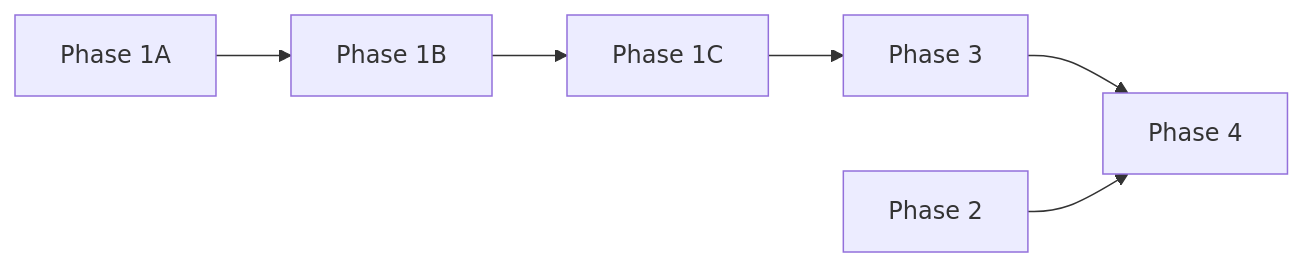
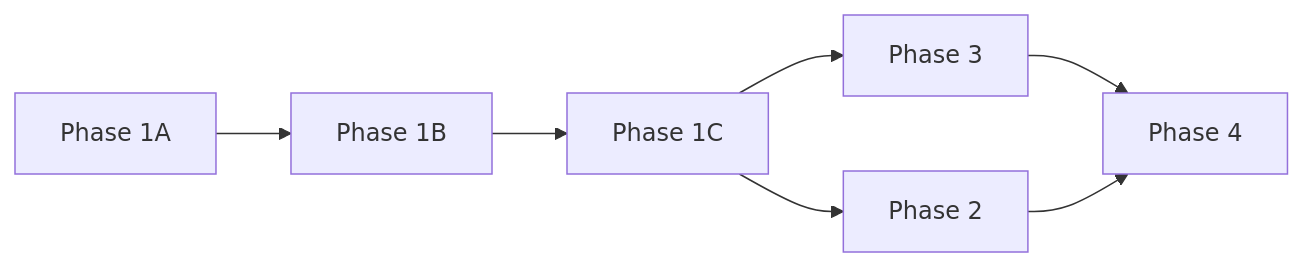
One commit to briancl2/CustomerNewsletter changed the diagram in .github/prompts/README.md. Above: the diagram before and after it, drawn with Mermaid. The commit also changed other lines of this file and 193 other files, not shown here.

````diff
--- a/.github/prompts/README.md
+++ b/.github/prompts/README.md
@@ -18,5 +18,5 @@
 ```mermaid
 flowchart LR
     P1A[Phase 1A] --> P1B[Phase 1B] --> P1C[Phase 1C] --> P3[Phase 3] --> P4[Phase 4]
-    P2[Phase 2] --> P4
+    P1C --> P2[Phase 2] --> P4
 ```
````
